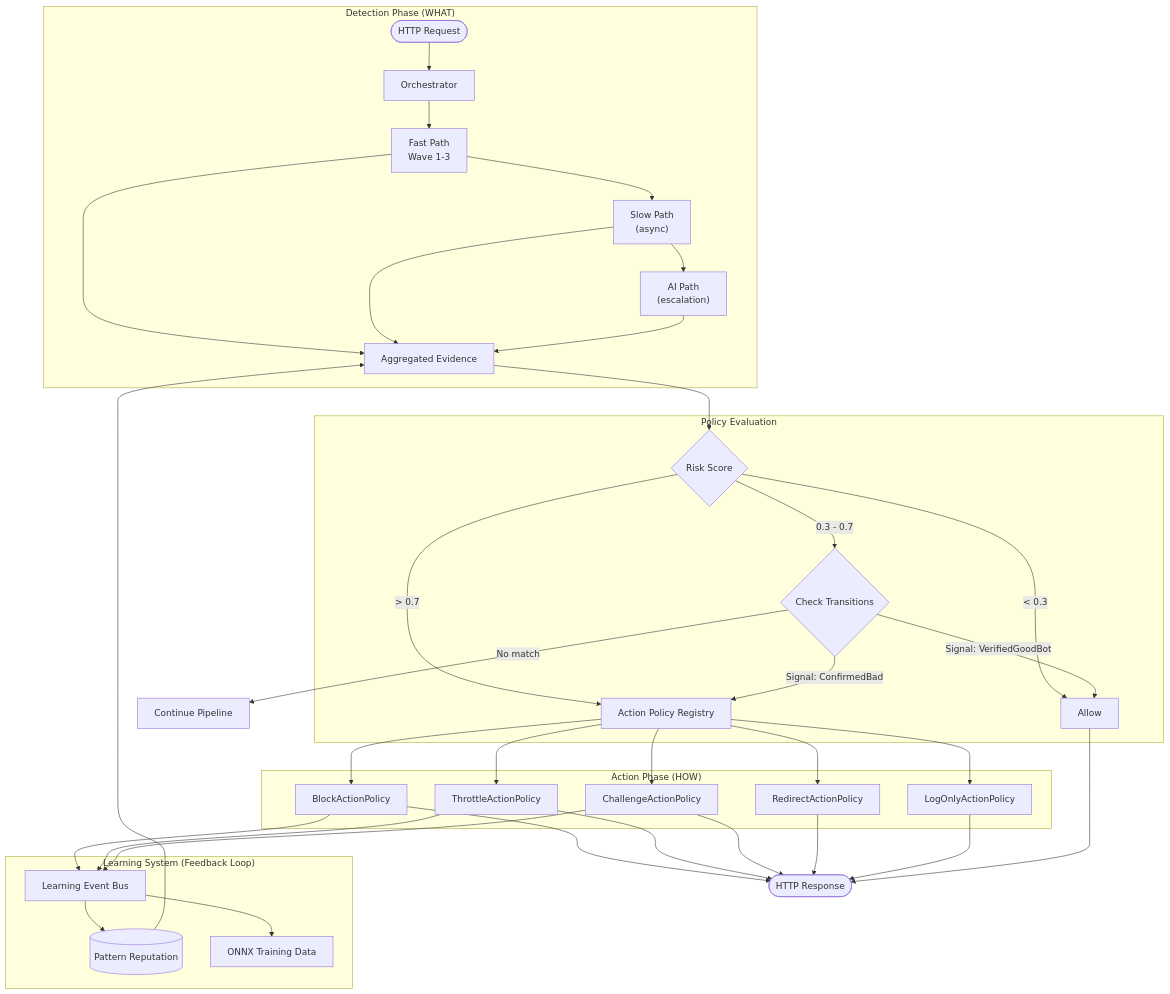
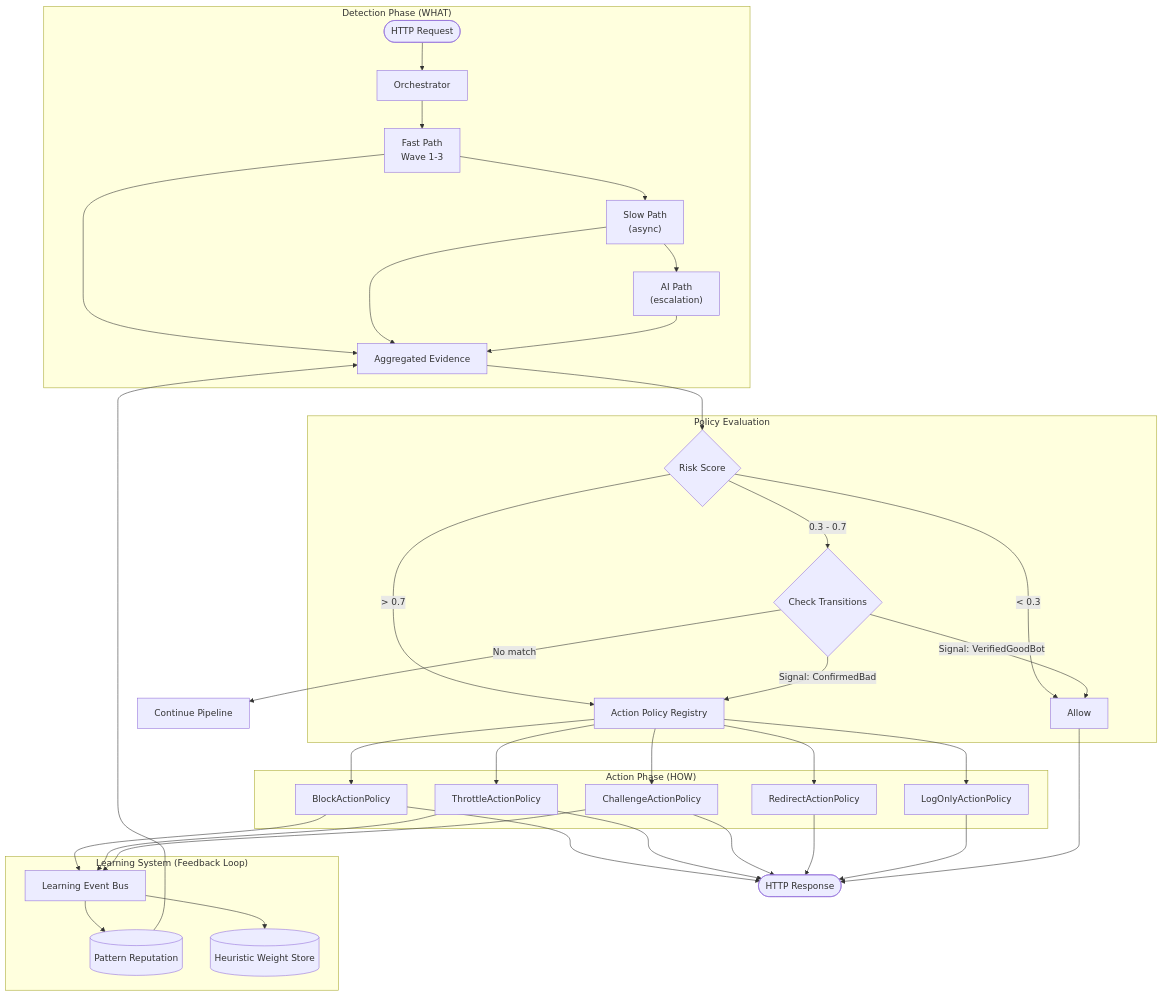
Before and after one commit to scottgal/mostlylucid.nugetpackages: the first of 7 diagrams in Mostlylucid.BotDetection/docs/action-policies.md, drawn with Mermaid. The commit also changed other lines of this file and 1 other file, not shown here.

Commit message:
Switch AI detection provider from ONNX to heuristic-based system, update docs and policies accordingly.

````diff
--- a/Mostlylucid.BotDetection/docs/action-policies.md
+++ b/Mostlylucid.BotDetection/docs/action-policies.md
@@ -7,48 +7,48 @@
 ```mermaid
 flowchart TB
     subgraph Detection["Detection Phase (WHAT)"]
         Request([HTTP Request]) --> Orchestrator
         Orchestrator --> FastPath["Fast Path<br/>Wave 1-3"]
         FastPath --> SlowPath["Slow Path<br/>(async)"]
         SlowPath --> AiPath["AI Path<br/>(escalation)"]
         FastPath --> Evidence[Aggregated Evidence]
         SlowPath --> Evidence
         AiPath --> Evidence
     end
 
     subgraph PolicyEval["Policy Evaluation"]
         Evidence --> RiskScore{Risk Score}
         RiskScore -->|"< 0.3"| Allow[Allow]
         RiskScore -->|"0.3 - 0.7"| Transitions{Check Transitions}
         RiskScore -->|"> 0.7"| ActionPolicy
     end
 
     subgraph Action["Action Phase (HOW)"]
         ActionPolicy[Action Policy Registry]
         ActionPolicy --> Block[BlockActionPolicy]
         ActionPolicy --> Throttle[ThrottleActionPolicy]
         ActionPolicy --> Challenge[ChallengeActionPolicy]
         ActionPolicy --> Redirect[RedirectActionPolicy]
         ActionPolicy --> LogOnly[LogOnlyActionPolicy]
     end
 
     subgraph Learning["Learning System (Feedback Loop)"]
         Block --> LearningBus[Learning Event Bus]
         Throttle --> LearningBus
         Challenge --> LearningBus
         LearningBus --> ReputationStore[(Pattern Reputation)]
-        LearningBus --> OnnxTraining[ONNX Training Data]
+        LearningBus --> WeightStore[(Heuristic Weight Store)]
         ReputationStore --> Evidence
     end
 
     Transitions -->|"Signal: VerifiedGoodBot"| Allow
     Transitions -->|"Signal: ConfirmedBad"| ActionPolicy
     Transitions -->|"No match"| Continue[Continue Pipeline]
 
     Block --> Response([HTTP Response])
     Throttle --> Response
     Challenge --> Response
     Redirect --> Response
     LogOnly --> Response
     Allow --> Response
 ```
````
